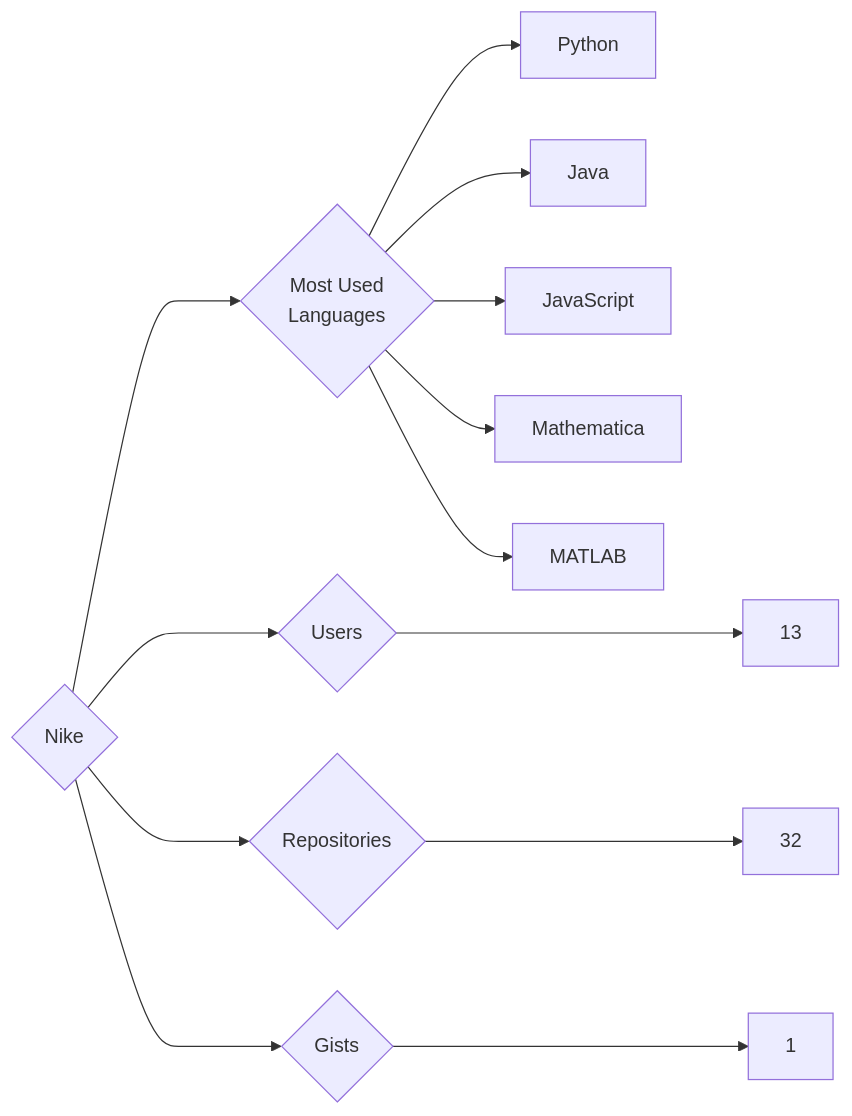
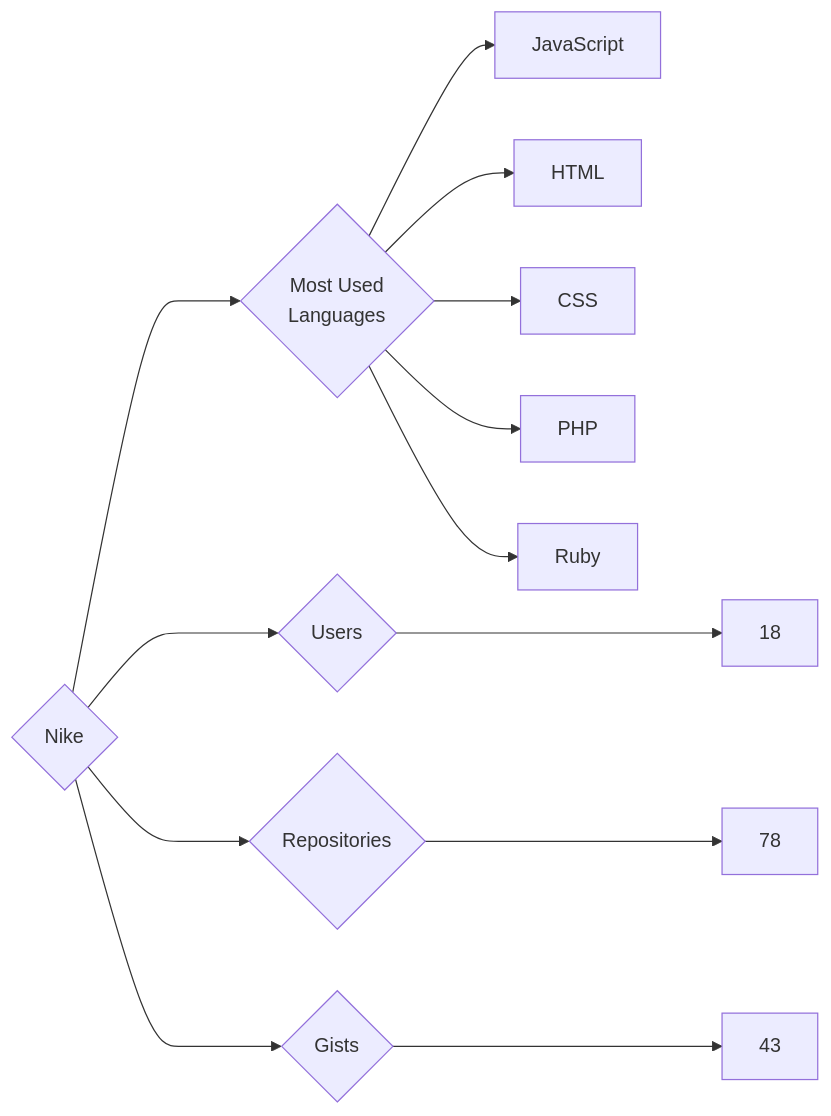
Before and after one commit to trickest/insiders: the diagram in targets/Nike/README.md, drawn with Mermaid. The commit also changed 773 other files, not shown here.

````diff
--- a/targets/Nike/README.md
+++ b/targets/Nike/README.md
@@ -3,13 +3,13 @@
 ```mermaid
 graph LR
 COMPANY_NAME{Nike}
-COMPANY_NAME ---> U{Users} ---> UN[13]
-COMPANY_NAME ---> R{Repositories} ---> RN[32]
-COMPANY_NAME ---> G{Gists} ---> GN[1]
+COMPANY_NAME ---> U{Users} ---> UN[18]
+COMPANY_NAME ---> R{Repositories} ---> RN[78]
+COMPANY_NAME ---> G{Gists} ---> GN[43]
 COMPANY_NAME ---> ML{Most Used<br>Languages}
-ML --> Python[Python]
-ML --> Java[Java]
 ML --> JavaScript[JavaScript]
-ML --> Mathematica[Mathematica]
-ML --> MATLAB[MATLAB]
+ML --> HTML[HTML]
+ML --> CSS[CSS]
+ML --> PHP[PHP]
+ML --> Ruby[Ruby]
 ```
````
